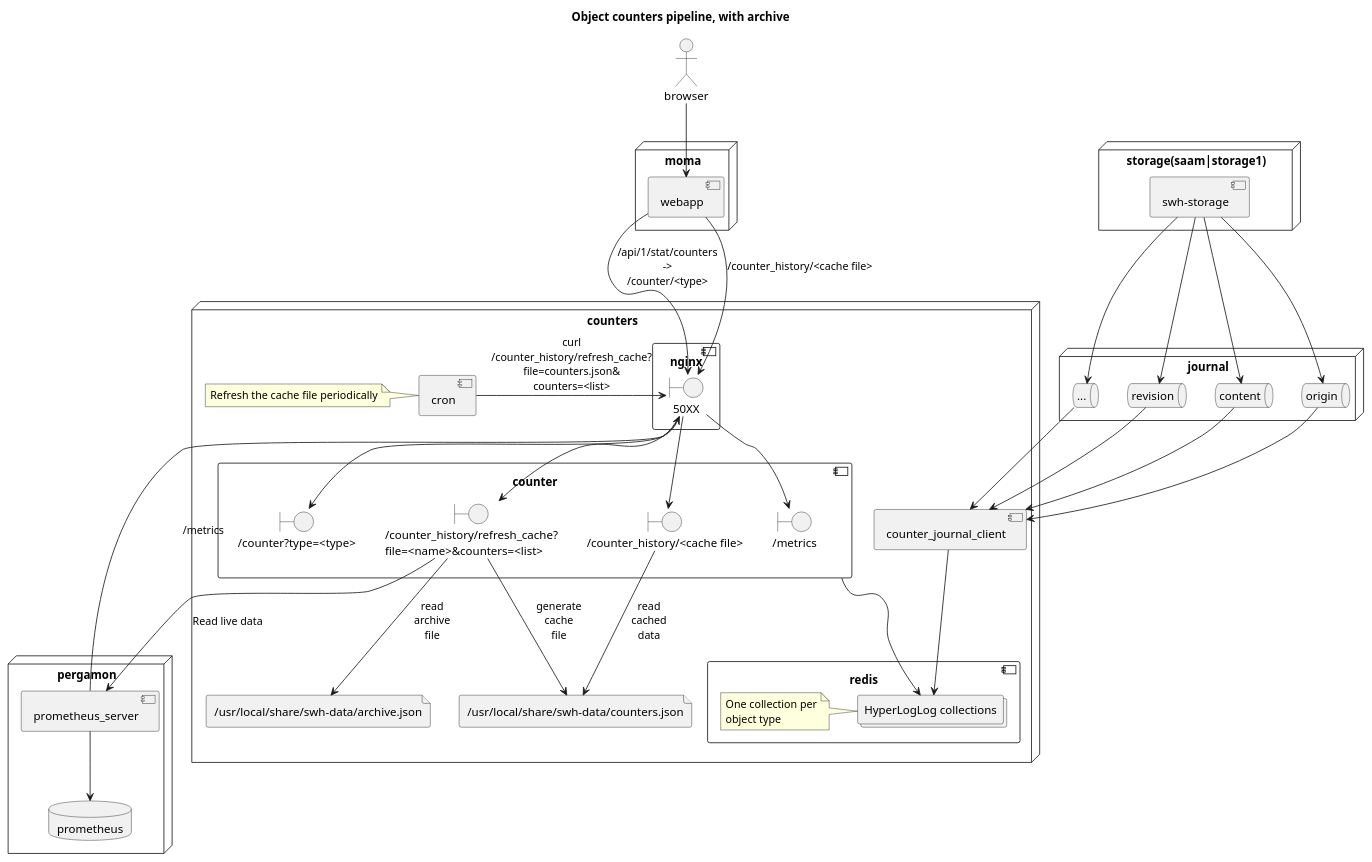
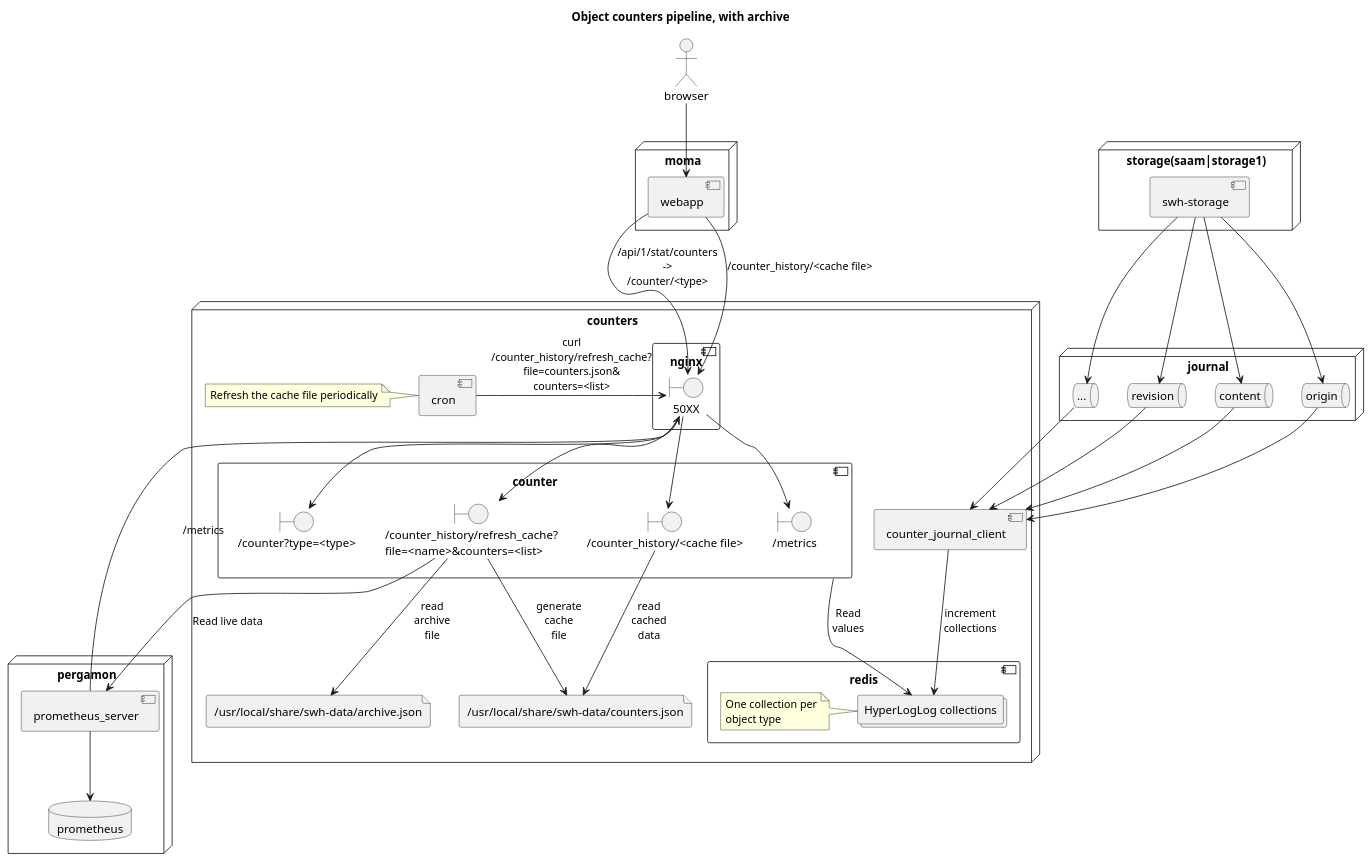
Before and after one commit to SoftwareHeritage/snippets: the diagram in vsellier/plantuml/T2912-counters/counters-with-archive.plantuml, drawn with PlantUML. The commit also changed 1 other file, not shown here.

```diff
--- a/vsellier/plantuml/T2912-counters/counters-with-archive.plantuml
+++ b/vsellier/plantuml/T2912-counters/counters-with-archive.plantuml
@@ -1,91 +1,91 @@
 @startuml
 title Object counters pipeline, with archive
 
 actor browser
 
 node pergamon {
     database prometheus
     component prometheus_server
 
     prometheus_server --> prometheus
 
 }
 
 node moma {
     component webapp
 }
 
 node "storage(saam|storage1)" as storage_server {
     component "swh-storage" as swhstoragegunicorn
 }
 
 
 node counters {
     component redis {
         collections "HyperLogLog collections" as hll
         note left of hll: One collection per\nobject type
     }
 
     component counter_journal_client as cjc {
     }
     component counter as gunicorncounter {
         boundary "/metrics" as metrics
         boundary "/counter?type=<type>" as counterapi
         boundary "/counter_history/refresh_cache?\nfile=<name>&counters=<list>" as refresh_cache
         boundary "/counter_history/<cache file>" as  counters_history
     }
 
     component nginx {
         boundary 50XX as counter
     }
 
     component cron as counters_cron {
     }
 
     file "/usr/local/share/swh-data/archive.json" as archive_json
     file "/usr/local/share/swh-data/counters.json" as counters_json
 
-    cjc --> hll
+    cjc --> hll: increment\ncollections
     counter --> metrics
     counter --> counterapi
-    gunicorncounter --> hll
+    gunicorncounter --> hll: Read\nvalues
     
     refresh_cache --> counters_json: generate\ncache\nfile
     refresh_cache --> archive_json: read\narchive\nfile
 
     counters_history --> counters_json: read\ncached\ndata
     counter --> counters_history
     counter --> refresh_cache
 
     counters_cron -left-> counter: curl\n/counter_history/refresh_cache?\nfile=counters.json&\ncounters=<list>
     note left of counters_cron: Refresh the cache file periodically
 
 }
 
 node journal {
     queue content as topic_content
     queue origin as topic_origin
     queue revision as topic_revision
     queue "..." as topic_others
     topic_others -[hidden]right-> topic_revision
 }
 
 webapp --> counter: /api/1/stat/counters\n->\n/counter/<type>
 browser --> webapp
 
 topic_content --> cjc
 topic_origin --> cjc
 topic_revision --> cjc
 topic_others --> cjc
 
 swhstoragegunicorn --> topic_content
 swhstoragegunicorn --> topic_origin
 swhstoragegunicorn --> topic_revision
 swhstoragegunicorn --> topic_others
 
 prometheus_server --> counter : /metrics
 refresh_cache --> prometheus_server: Read live data
 webapp --> counter: /counter_history/<cache file>
 
 
 @enduml
```
